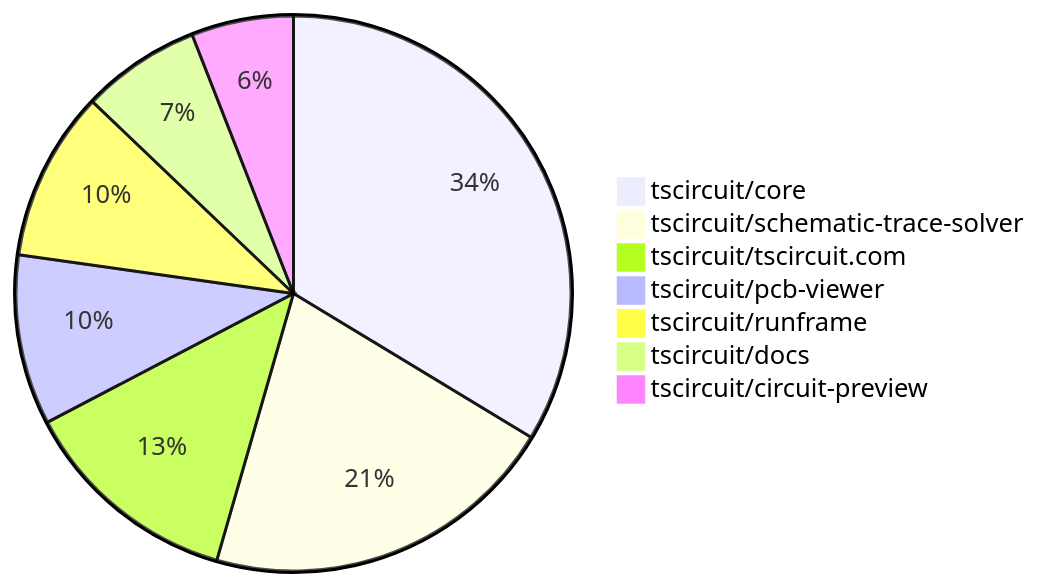
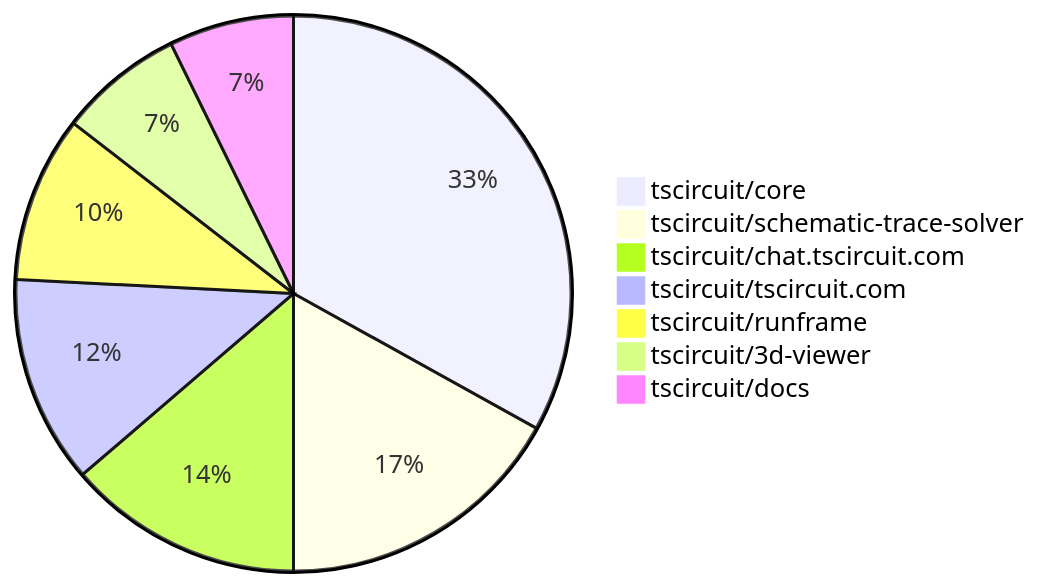
The second of 2 diagrams in README.md (tscircuit/contribution-tracker), drawn with Mermaid before and after one commit. The commit also changed other lines of this file and 3 other files, not shown here.

````diff
--- a/README.md
+++ b/README.md
@@ -104,10 +106,10 @@
 ```mermaid
 pie
-    "tscircuit/core" : 34
+    "tscircuit/core" : 41
     "tscircuit/schematic-trace-solver" : 21
-    "tscircuit/tscircuit.com" : 13
-    "tscircuit/pcb-viewer" : 10
-    "tscircuit/runframe" : 10
-    "tscircuit/docs" : 7
-    "tscircuit/circuit-preview" : 6
+    "tscircuit/chat.tscircuit.com" : 17
+    "tscircuit/tscircuit.com" : 15
+    "tscircuit/runframe" : 12
+    "tscircuit/3d-viewer" : 9
+    "tscircuit/docs" : 9
 ```
````
